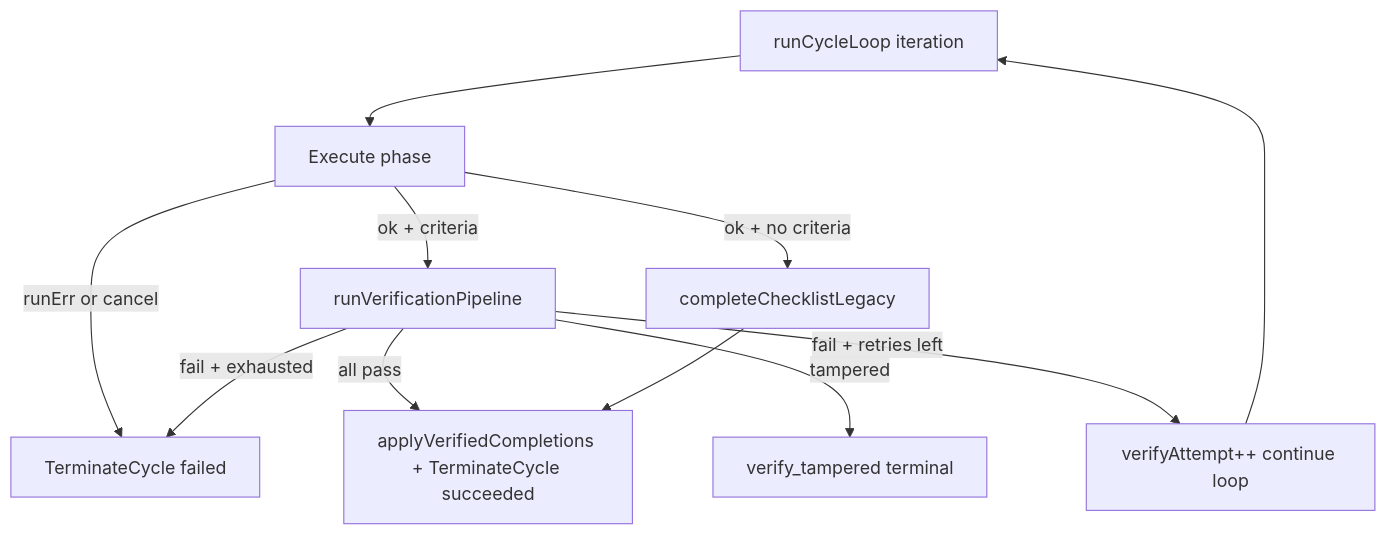
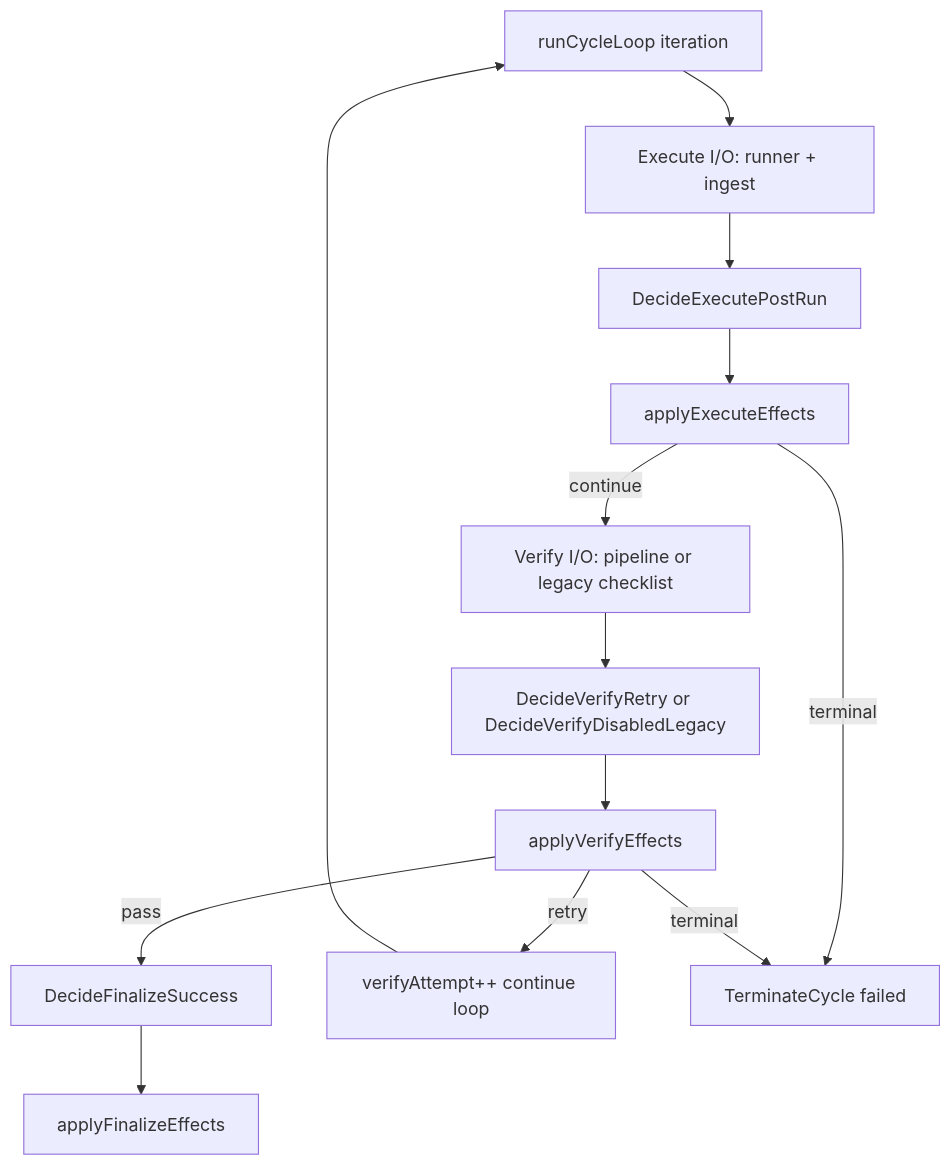
One commit to AlexsanderHamir/T2A changed the third of 3 diagrams in docs/domain/harness.md. Above: the diagram before and after it, drawn with Mermaid. The commit also changed other lines of this file and 16 other files, not shown here.

First line of the commit message:
refactor(harness): finish execute Decide vs Apply orchestration

````diff
--- a/docs/domain/harness.md
+++ b/docs/domain/harness.md
@@ -171,21 +171,22 @@
 ```mermaid
 flowchart TD
   loopStart[runCycleLoop iteration]
-  exec[Execute phase]
-  verify[runVerificationPipeline]
-  success[applyVerifiedCompletions + TerminateCycle succeeded]
+  execIO[Execute I/O: runner + ingest]
+  decideExec[DecideExecutePostRun]
+  applyExec[applyExecuteEffects]
+  verifyIO[Verify I/O: pipeline or legacy checklist]
+  decideVer[DecideVerifyRetry or DecideVerifyDisabledLegacy]
+  applyVer[applyVerifyEffects]
+  decideFin[DecideFinalizeSuccess]
+  applyFin[applyFinalizeEffects]
   retry[verifyAttempt++ continue loop]
-  fail[TerminateCycle failed]
-  tampered[verify_tampered terminal]
-  legacy[completeChecklistLegacy]
-  loopStart --> exec
-  exec -->|runErr or cancel| fail
-  exec -->|ok + criteria| verify
-  exec -->|ok + no criteria| legacy
-  verify -->|all pass| success
-  verify -->|tampered| tampered
-  verify -->|fail + retries left| retry
-  verify -->|fail + exhausted| fail
-  legacy --> success
+  loopStart --> execIO
+  execIO --> decideExec --> applyExec
+  applyExec -->|continue| verifyIO
+  applyExec -->|terminal| fail[TerminateCycle failed]
+  verifyIO --> decideVer --> applyVer
+  applyVer -->|pass| decideFin --> applyFin
+  applyVer -->|retry| retry
+  applyVer -->|terminal| fail
   retry --> loopStart
 ```
````
